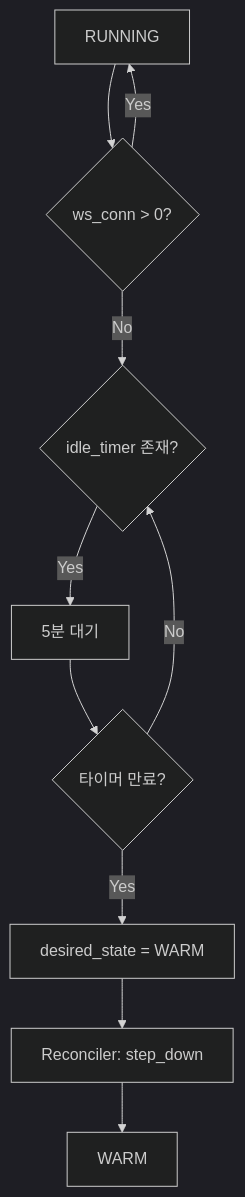
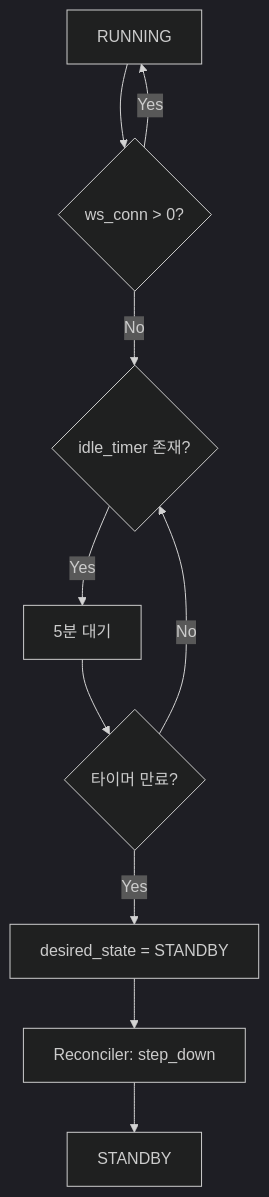
The second of 3 diagrams in docs/spec_v2/activity.md (cagojeiger/code-hub), drawn with Mermaid (dark theme) before and after one commit. The commit also changed other lines of this file and 11 other files, not shown here.

````diff
--- a/docs/spec_v2/activity.md
+++ b/docs/spec_v2/activity.md
@@ -157,12 +157,12 @@
 ```mermaid
 flowchart TD
     A[RUNNING] --> B{ws_conn > 0?}
     B -->|Yes| A
     B -->|No| C{idle_timer 존재?}
     C -->|Yes| D[5분 대기]
     D --> E{타이머 만료?}
     E -->|No| C
-    E -->|Yes| F[desired_state = WARM]
+    E -->|Yes| F[desired_state = STANDBY]
     F --> G[Reconciler: step_down]
-    G --> H[WARM]
+    G --> H[STANDBY]
 ```
````
